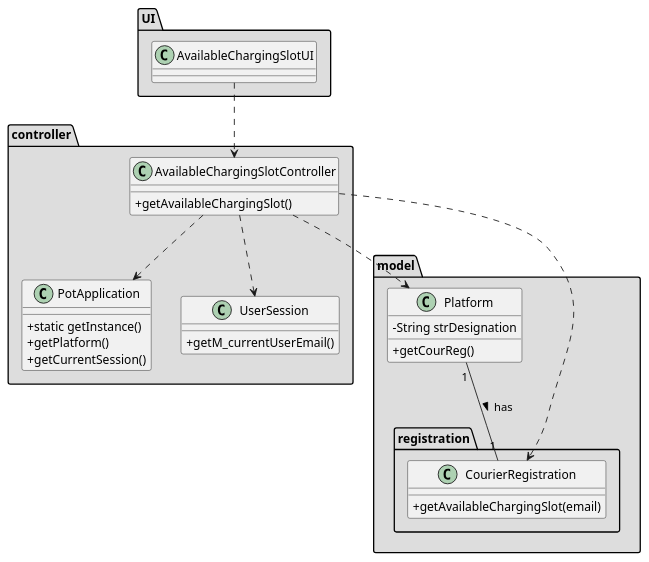
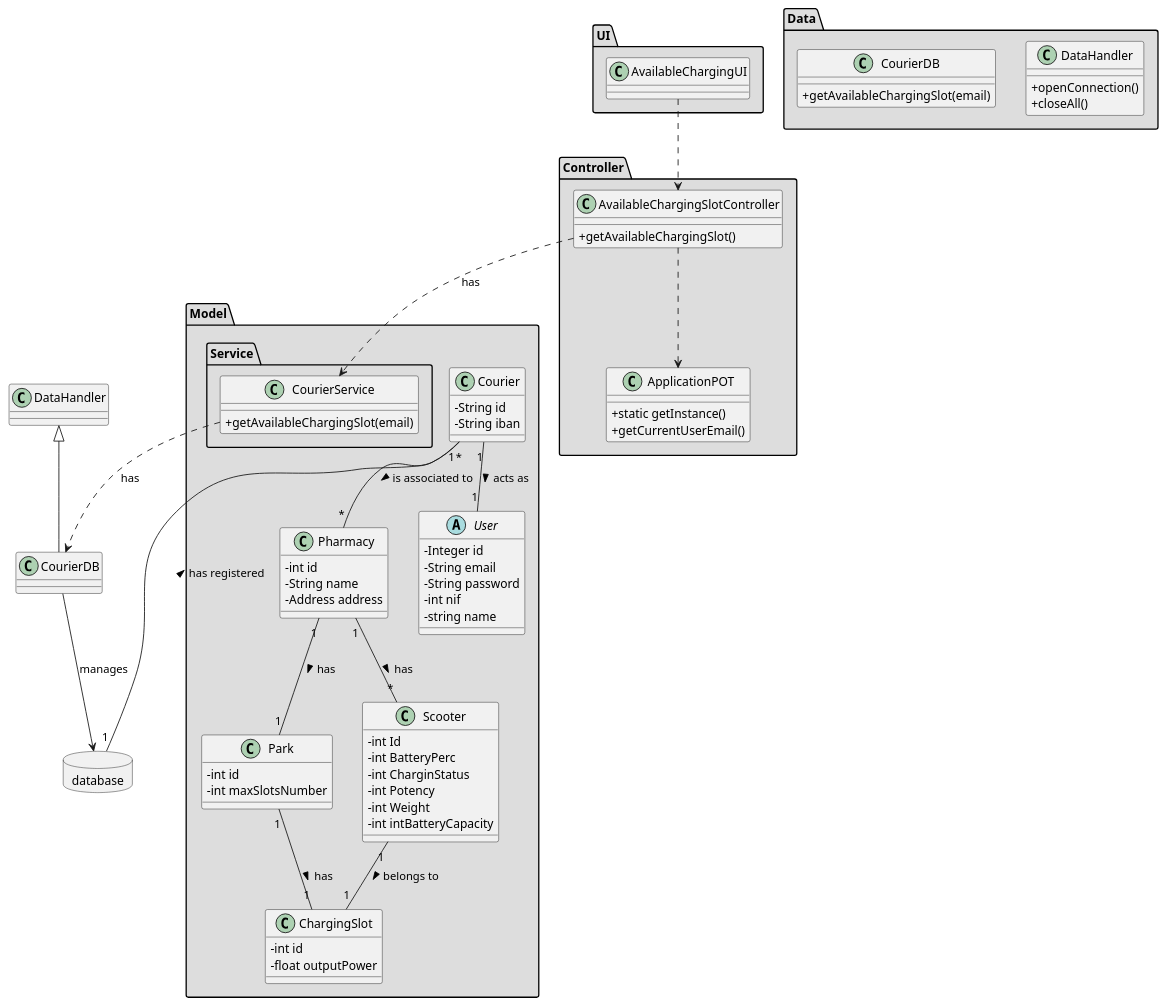
Before and after one commit to tiagoavcosta25/LAPR3: the diagram in docs/Iteration 2/Delivery Management/Refinement/US77_AvailableChargingSlot/US77_CD.puml, drawn with PlantUML. The commit also changed 3 other files, not shown here.

Commit message:
LAPR2AP2-77 #refining AvailableChargingSlot [Analysis] LAPR2AP2-77 #refining AvailableChargingSlot [Design] LAPR2AP2-205 #close StartDeliveryRun [Design]

```diff
--- a/docs/Iteration 2/Delivery Management/Refinement/US77_AvailableChargingSlot/US77_CD.puml
+++ b/docs/Iteration 2/Delivery Management/Refinement/US77_AvailableChargingSlot/US77_CD.puml
@@ -1,54 +1,102 @@
 @startuml
 skinparam classAttributeIconSize 0
 
+package "UI" #DDDDDD{
+class AvailableChargingUI {
 
-package "UI" #DDDDDD{
-class AvailableChargingSlotUI {
-    
 }
 }
-package "controller" #DDDDDD{
-class AvailableChargingSlotController {
-    
-  +getAvailableChargingSlot()
+package "Controller" #DDDDDD {
+class AvailableChargingSlotController{
++getAvailableChargingSlot()
 }
-class PotApplication
+
+class ApplicationPOT
 {
   +static getInstance()
-  +getPlatform()
-  +getCurrentSession()
-}
-
-class UserSession
-{
-  +getM_currentUserEmail()
-}
-}
-package "model" #DDDDDD{
-class Platform {
-  -String strDesignation
-  +getCourReg()
-}
-
-package "registration" #DDDDDD{
-class CourierRegistration {
-
-  +getAvailableChargingSlot(email)
-
-}
+  +getCurrentUserEmail()
 }
 }
 
 
-Platform "1" -- "1" CourierRegistration: has >
+package "Model" #DDDDDD {
+package "Service" #DDDDDD {
+   class CourierService{
+          +getAvailableChargingSlot(email)
+      }
+ }
+}
+
+package "Model" #DDDDDD {
+class Pharmacy{
+-int id
+-String name
+-Address address
+}
+
+class Park{
+-int id
+-int maxSlotsNumber
+}
+
+class ChargingSlot{
+-int id
+-float outputPower
+}
+
+class Courier {
+      -String id
+      -String iban
+}
+
+class Scooter {
+-int Id
+-int BatteryPerc
+-int CharginStatus
+-int Potency
+-int Weight
+-int intBatteryCapacity
+}
+
+abstract User{
+  -Integer id
+  -String email
+  -String password
+  -int nif
+  -string name
+}
 
 
-AvailableChargingSlotUI ..> AvailableChargingSlotController
+}
 
-AvailableChargingSlotController ..> Platform
-AvailableChargingSlotController ..> CourierRegistration
-AvailableChargingSlotController ..> PotApplication
-AvailableChargingSlotController ..> UserSession
+package "Data" #DDDDDD {
+class DataHandler{
+    +openConnection()
+    +closeAll()
+}
 
+class CourierDB{
+ +getAvailableChargingSlot(email)
+  }
+
+}
+database database{
+
+}
+class CourierDB extends DataHandler
+
+AvailableChargingSlotController ..> ApplicationPOT
+AvailableChargingUI ..> AvailableChargingSlotController
+AvailableChargingSlotController ..> CourierService : has
+CourierService ..> CourierDB : has
+CourierDB --> database : manages
+
+database "1" -- "*" Courier : has registered >
+Courier "1" -- "1" User : acts as >
+Courier "1" -- "*" Pharmacy : is associated to >
+Pharmacy "1" -- "1" Park : has >
+Pharmacy "1" -- "*" Scooter : has >
+Park "1" -- "1" ChargingSlot : has >
+Scooter "1" -- "1" ChargingSlot : belongs to >
 
 @enduml
```
